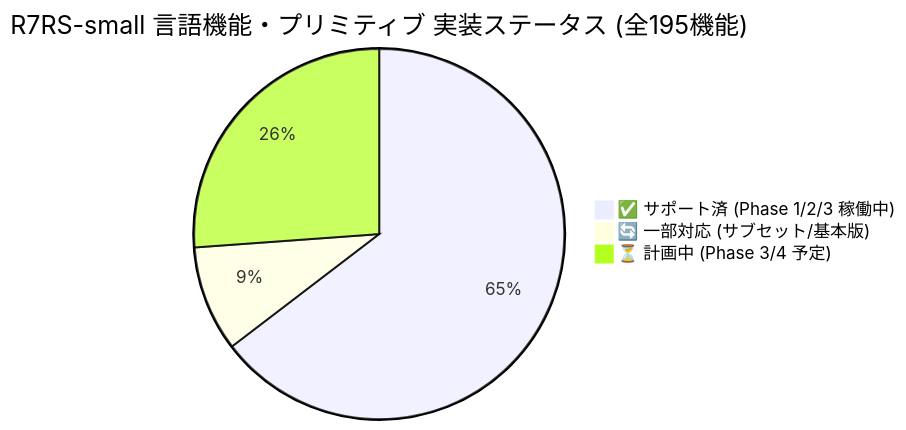
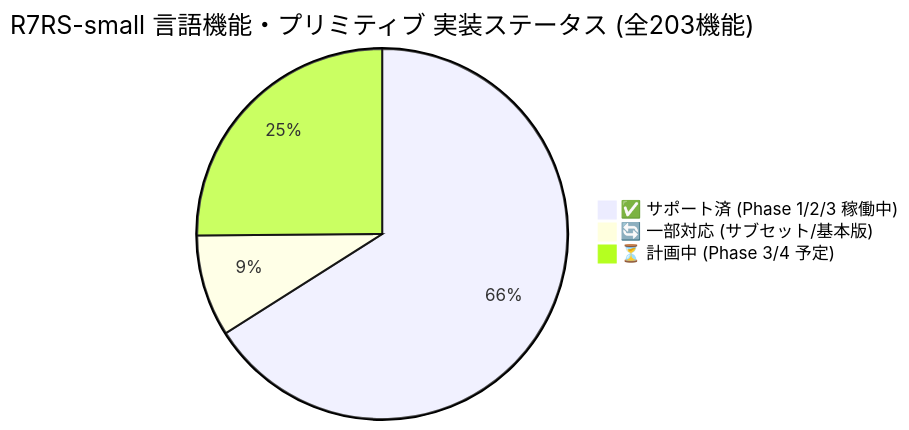
The first of 3 diagrams in ilisp/docs/SPEC_R7RS.md (rokujyouhitoma/arxiv-security-papers), drawn with Mermaid before and after one commit. The commit also changed other lines of this file and 8 other files, not shown here.

````diff
--- a/ilisp/docs/SPEC_R7RS.md
+++ b/ilisp/docs/SPEC_R7RS.md
@@ -17,6 +17,6 @@
 ```mermaid
-pie title R7RS-small 言語機能・プリミティブ 実装ステータス (全195機能)
-    "✅ サポート済 (Phase 1/2/3 稼働中)" : 126
+pie title R7RS-small 言語機能・プリミティブ 実装ステータス (全203機能)
+    "✅ サポート済 (Phase 1/2/3 稼働中)" : 134
     "🔄 一部対応 (サブセット/基本版)" : 18
     "⏳ 計画中 (Phase 3/4 予定)" : 51
 ```
````
